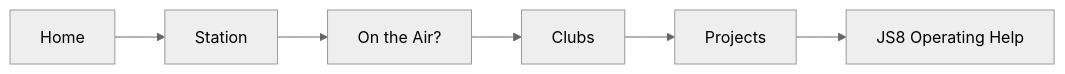
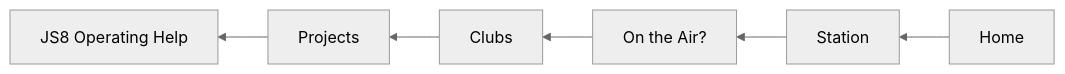
The diagram in constructor.md.md (we4sel/we4sel.github.io), drawn with Mermaid (neutral theme) before and after one commit. The commit also changed other lines of this file, not shown here.

Commit message:
constructor.md.md updated from https://stackedit.io/

````diff
--- a/constructor.md.md
+++ b/constructor.md.md
@@ -3,10 +3,10 @@
 ```mermaid
-graph LR
+graph RL
 a[Home] --> b[Station]
 b--> c[On the Air?]
 c-->d[Clubs]
 d--> e[Projects]
 e--> f[JS8 Operating Help]
 
 
 ```
````
